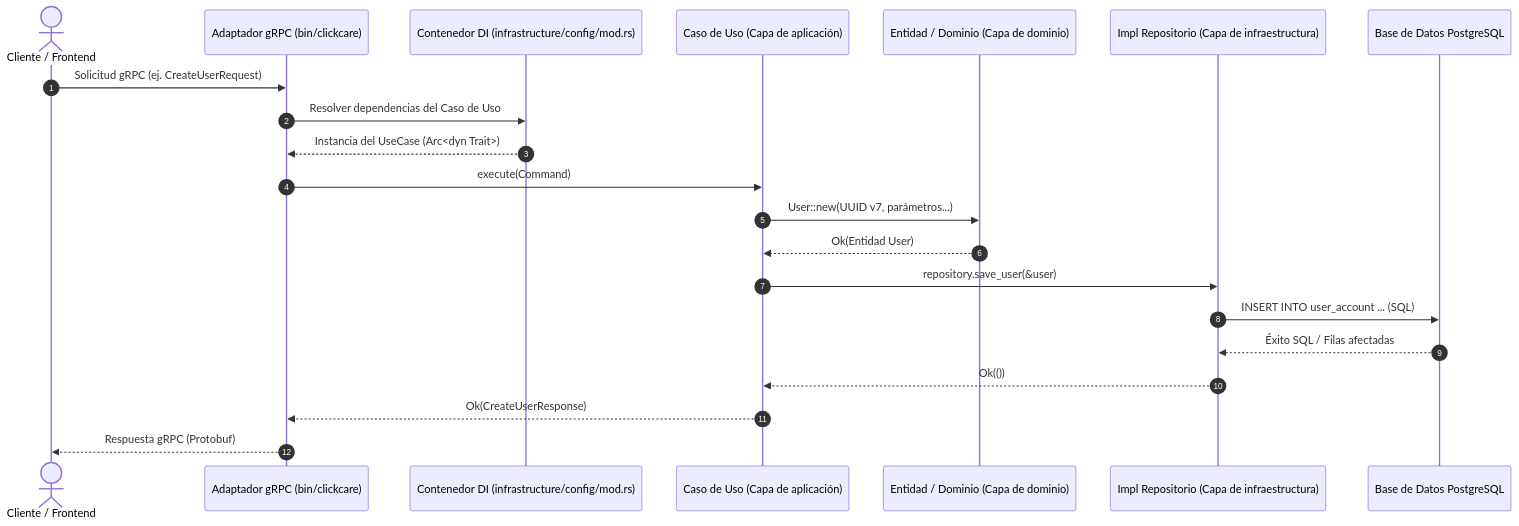
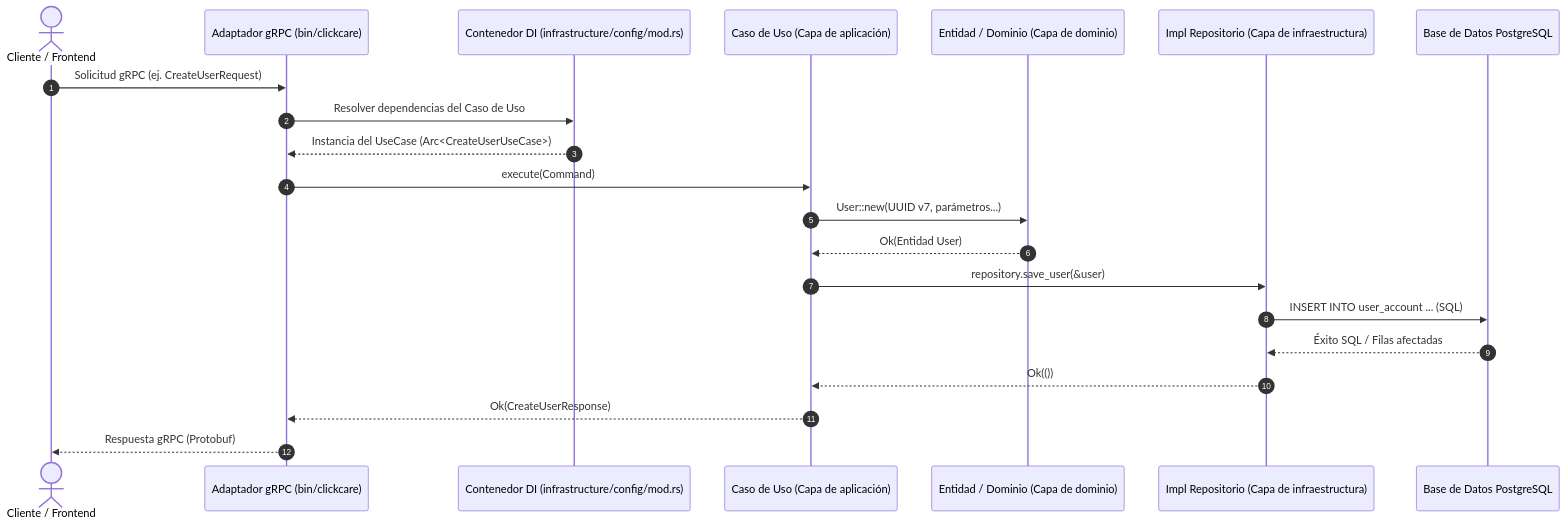
One commit to mamba-black/my-health-record changed the second of 2 diagrams in backend/AGENTS.md. Above: the diagram before and after it, drawn with Mermaid. The commit also changed other lines of this file and 1 other file, not shown here.

````diff
--- a/backend/AGENTS.md
+++ b/backend/AGENTS.md
@@ -246,24 +246,24 @@
 ```mermaid
 sequenceDiagram
     autonumber
     actor Client as Cliente / Frontend
     participant gRPC as Adaptador gRPC (bin/clickcare)
     participant DI as Contenedor DI (infrastructure/config/mod.rs)
     participant UseCase as Caso de Uso (Capa de aplicación)
     participant Domain as Entidad / Dominio (Capa de dominio)
     participant Repo as Impl Repositorio (Capa de infraestructura)
     participant DB as Base de Datos PostgreSQL
 
     Client->>gRPC: Solicitud gRPC (ej. CreateUserRequest)
     gRPC->>DI: Resolver dependencias del Caso de Uso
-    DI-->>gRPC: Instancia del UseCase (Arc<dyn Trait>)
+    DI-->>gRPC: Instancia del UseCase (Arc<CreateUserUseCase>)
     gRPC->>UseCase: execute(Command)
     UseCase->>Domain: User::new(UUID v7, parámetros...)
     Domain-->>UseCase: Ok(Entidad User)
     UseCase->>Repo: repository.save_user(&user)
     Repo->>DB: INSERT INTO user_account ... (SQL)
     DB-->>Repo: Éxito SQL / Filas afectadas
     Repo-->>UseCase: Ok(())
     UseCase-->>gRPC: Ok(CreateUserResponse)
     gRPC-->>Client: Respuesta gRPC (Protobuf)
 ```
````
